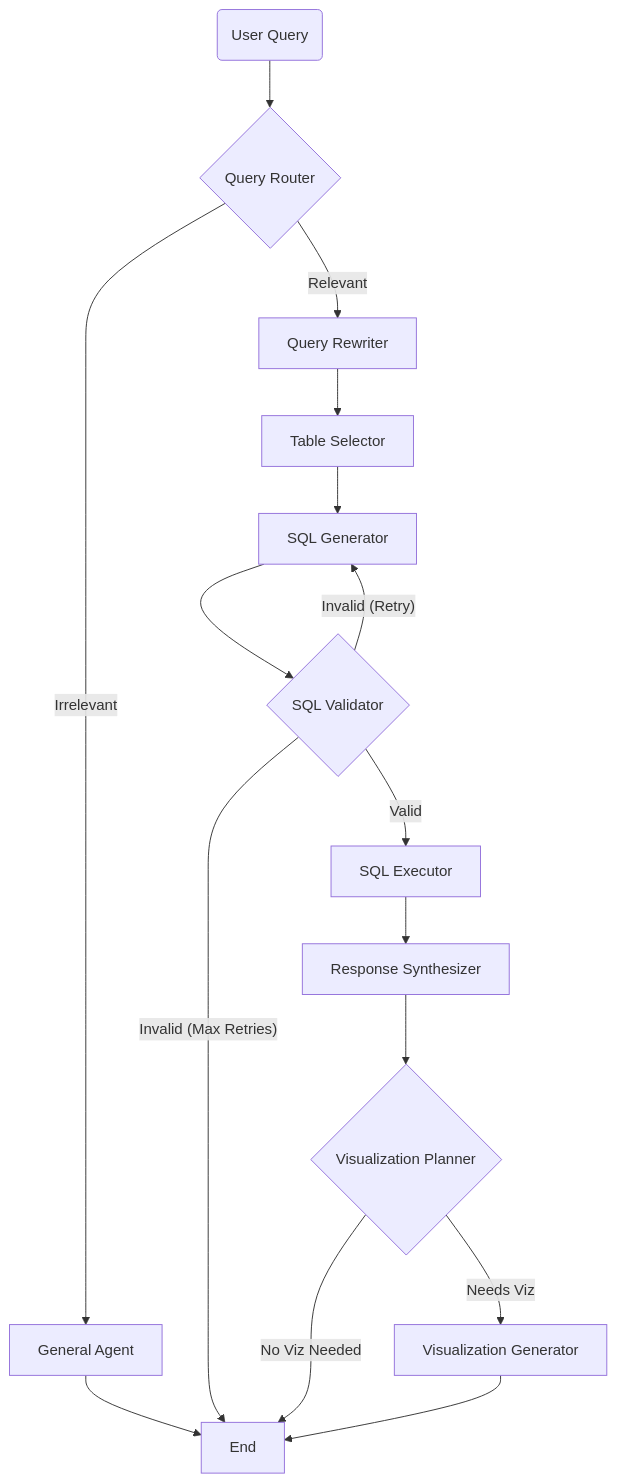
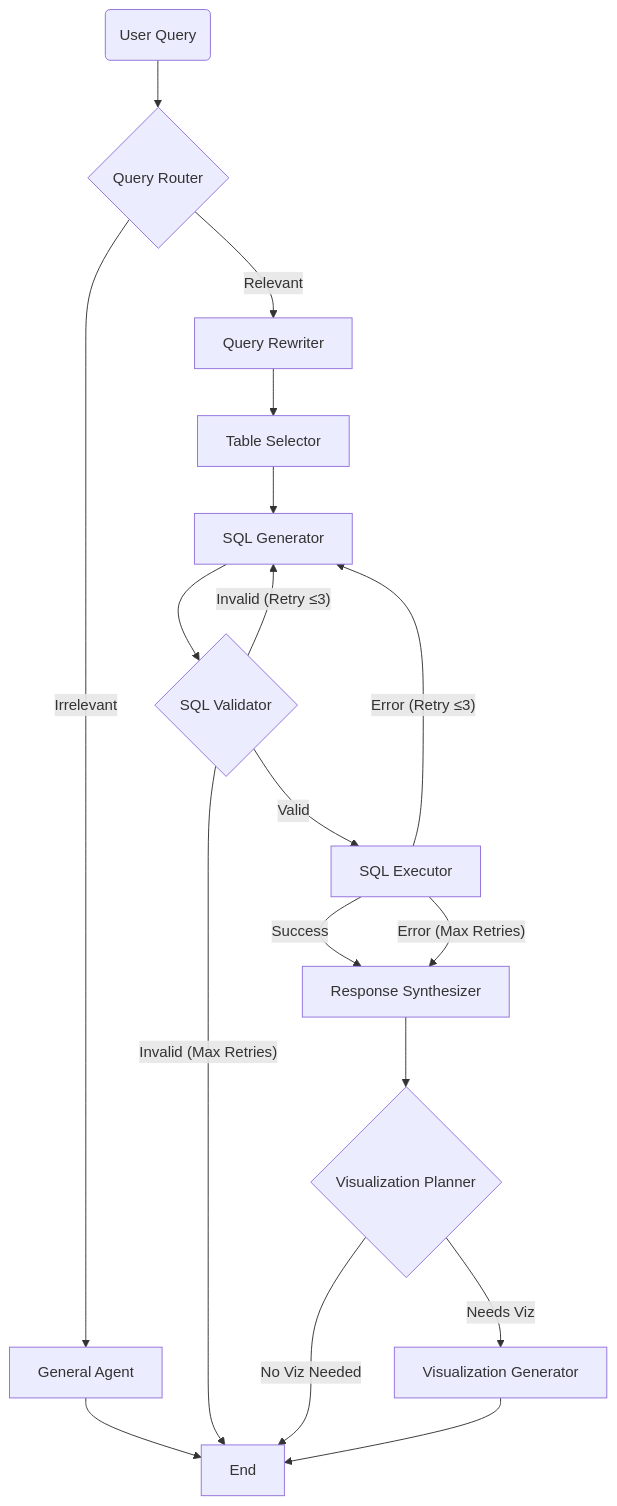
The diagram in README.md (mallahyari/langgraph-sql-agent), drawn with Mermaid before and after one commit. The commit also changed 8 other files, not shown here.

First line of the commit message:
feat: Add execution error retry loop, native LangGraph streaming, and UI improvements

````diff
--- a/README.md
+++ b/README.md
@@ -17,28 +17,30 @@
 ```mermaid
 graph TD
     User(User Query) --> Router{Query Router}
     
     Router -- Irrelevant --> General[General Agent]
     Router -- Relevant --> Rewriter[Query Rewriter]
     
     General --> End
     
     Rewriter --> TableSelector[Table Selector]
     
     TableSelector --> SQLGen[SQL Generator]
     
     SQLGen --> Validator{SQL Validator}
     
-    Validator -- Invalid (Retry) --> SQLGen
+    Validator -- Invalid (Retry ≤3) --> SQLGen
     Validator -- Invalid (Max Retries) --> End
     Validator -- Valid --> Executor[SQL Executor]
     
-    Executor --> Synthesizer[Response Synthesizer]
+    Executor -- Error (Retry ≤3) --> SQLGen
+    Executor -- Success --> Synthesizer[Response Synthesizer]
+    Executor -- Error (Max Retries) --> Synthesizer
     
     Synthesizer --> VizPlanner{Visualization Planner}
     
     VizPlanner -- No Viz Needed --> End
     VizPlanner -- Needs Viz --> VizGen[Visualization Generator]
     
     VizGen --> End
 ```
````
